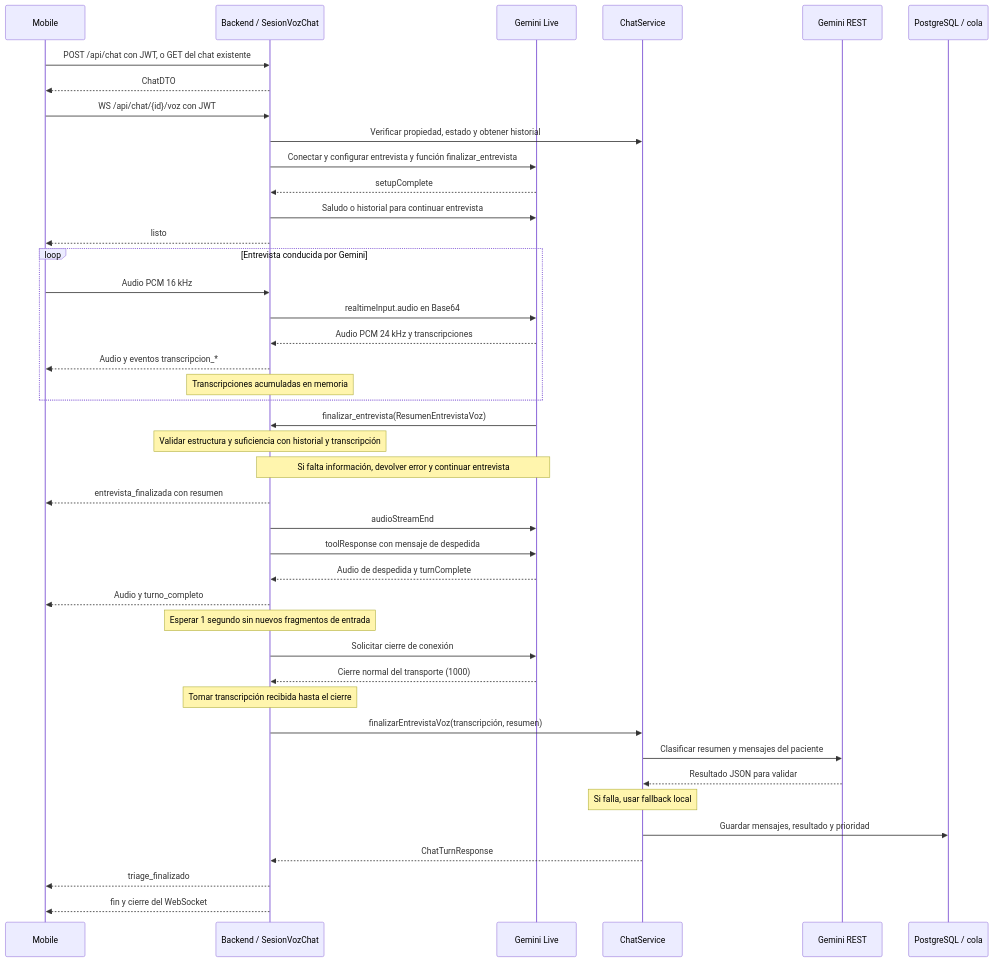
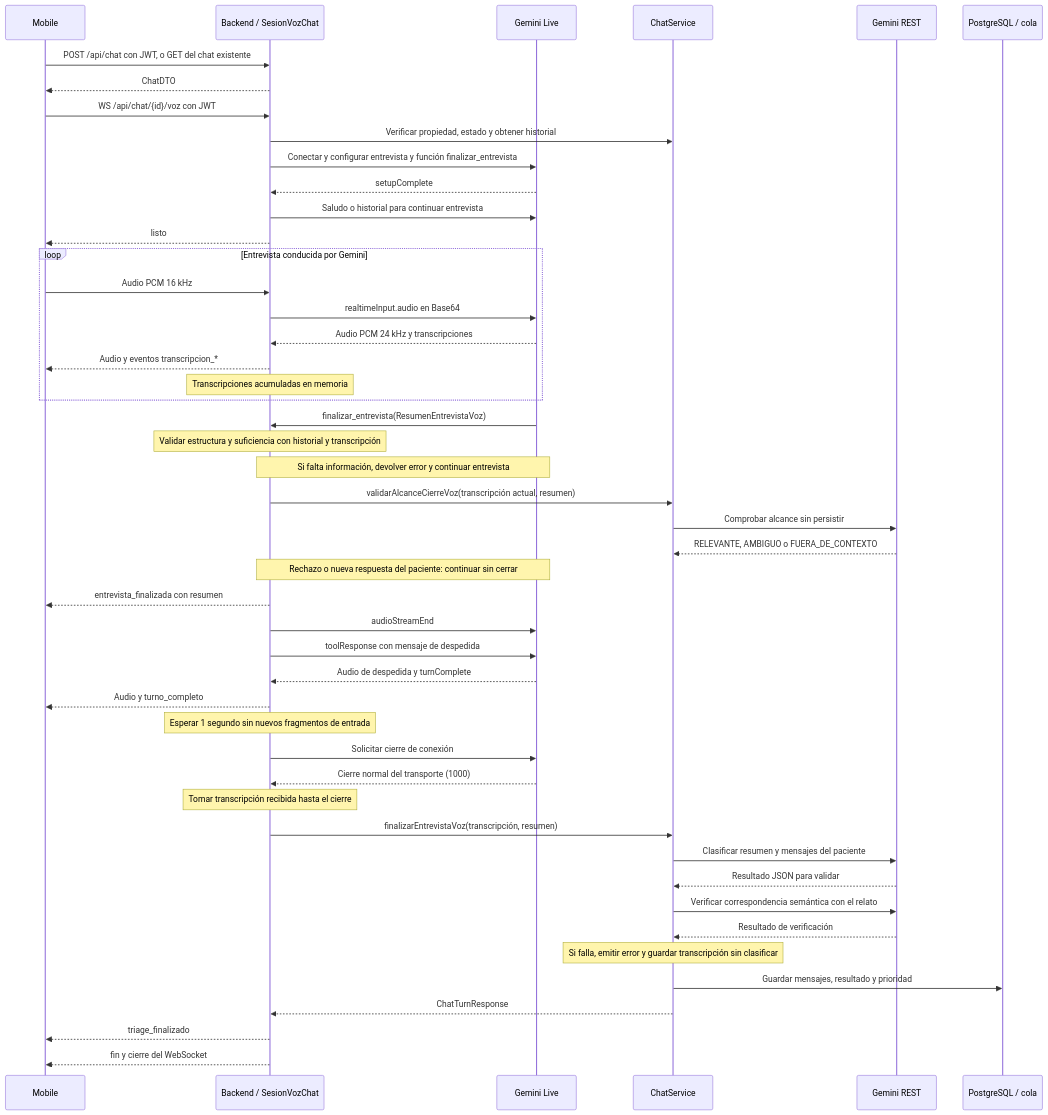
One commit to MatiasCanevaro/pretriage_backend changed the diagram in docs/14-chat-voz-gemini-live.md. Above: the diagram before and after it, drawn with Mermaid. The commit also changed other lines of this file and 83 other files, not shown here.

````diff
--- a/docs/14-chat-voz-gemini-live.md
+++ b/docs/14-chat-voz-gemini-live.md
@@ -25,45 +65,51 @@
 ```mermaid
 sequenceDiagram
     participant M as Mobile
     participant B as Backend / SesionVozChat
     participant G as Gemini Live
     participant C as ChatService
     participant O as Gemini REST
     participant D as PostgreSQL / cola
 
     M->>B: POST /api/chat con JWT, o GET del chat existente
     B-->>M: ChatDTO
     M->>B: WS /api/chat/{id}/voz con JWT
     B->>C: Verificar propiedad, estado y obtener historial
     B->>G: Conectar y configurar entrevista y función finalizar_entrevista
     G-->>B: setupComplete
     B->>G: Saludo o historial para continuar entrevista
     B-->>M: listo
     loop Entrevista conducida por Gemini
         M->>B: Audio PCM 16 kHz
         B->>G: realtimeInput.audio en Base64
         G-->>B: Audio PCM 24 kHz y transcripciones
         B-->>M: Audio y eventos transcripcion_*
         Note over B: Transcripciones acumuladas en memoria
     end
     G->>B: finalizar_entrevista(ResumenEntrevistaVoz)
     Note over B: Validar estructura y suficiencia con historial y transcripción
     Note over B,G: Si falta información, devolver error y continuar entrevista
+    B->>C: validarAlcanceCierreVoz(transcripción actual, resumen)
+    C->>O: Comprobar alcance sin persistir
+    O-->>C: RELEVANTE, AMBIGUO o FUERA_DE_CONTEXTO
+    Note over B,G: Rechazo o nueva respuesta del paciente: continuar sin cerrar
     B-->>M: entrevista_finalizada con resumen
     B->>G: audioStreamEnd
     B->>G: toolResponse con mensaje de despedida
     G-->>B: Audio de despedida y turnComplete
     B-->>M: Audio y turno_completo
     Note over B: Esperar 1 segundo sin nuevos fragmentos de entrada
     B->>G: Solicitar cierre de conexión
     G-->>B: Cierre normal del transporte (1000)
     Note over B: Tomar transcripción recibida hasta el cierre
     B->>C: finalizarEntrevistaVoz(transcripción, resumen)
     C->>O: Clasificar resumen y mensajes del paciente
     O-->>C: Resultado JSON para validar
-    Note over C: Si falla, usar fallback local
+    C->>O: Verificar correspondencia semántica con el relato
+    O-->>C: Resultado de verificación
+    Note over C: Si falla, emitir error y guardar transcripción sin clasificar
     C->>D: Guardar mensajes, resultado y prioridad
     C-->>B: ChatTurnResponse
     B-->>M: triage_finalizado
     B-->>M: fin y cierre del WebSocket
 ```
````
